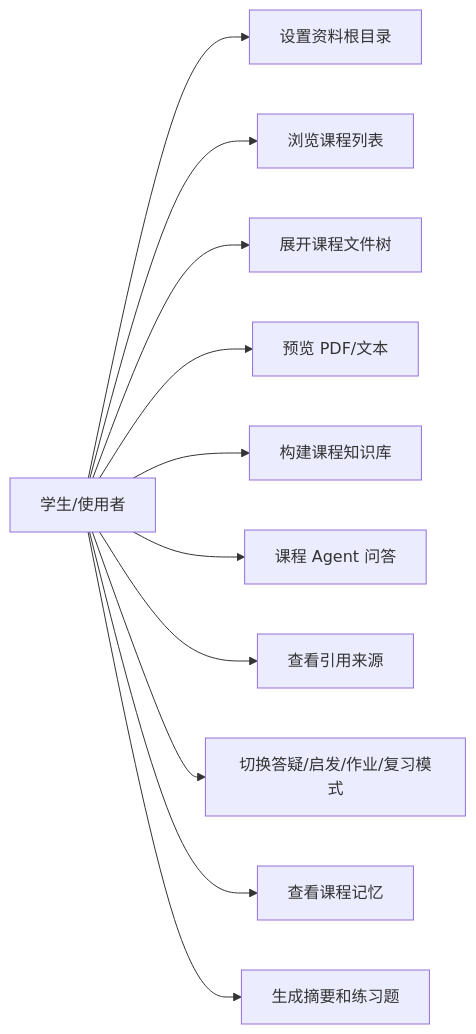
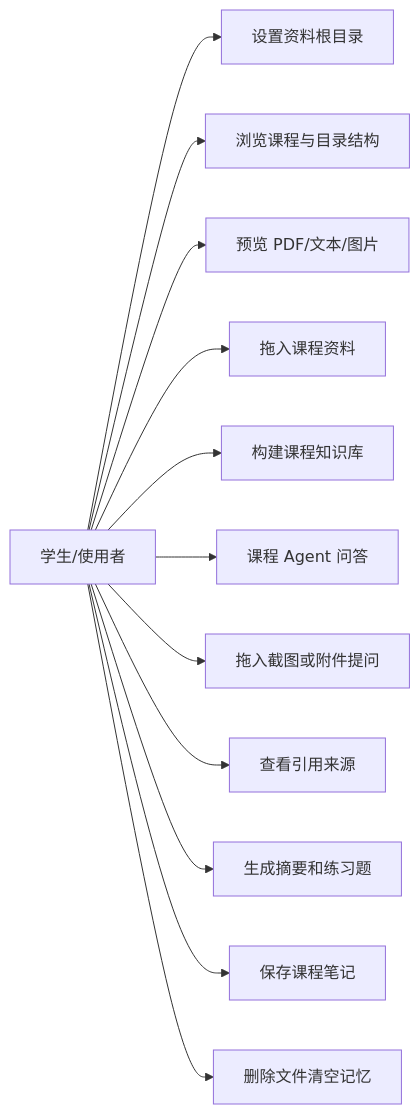
Before and after one commit to LuMH1027/ai-learn-assistant: the third of 8 diagrams in docs/系统设计.md, drawn with Mermaid. The commit also changed other lines of this file and 14 other files, not shown here.

````diff
--- a/docs/系统设计.md
+++ b/docs/系统设计.md
@@ -52,25 +60,27 @@
 ```mermaid
 flowchart LR
     User["学生/使用者"]
     UC1["设置资料根目录"]
-    UC2["浏览课程列表"]
-    UC3["展开课程文件树"]
-    UC4["预览 PDF/文本"]
+    UC2["浏览课程与目录结构"]
+    UC3["预览 PDF/文本/图片"]
+    UC4["拖入课程资料"]
     UC5["构建课程知识库"]
     UC6["课程 Agent 问答"]
-    UC7["查看引用来源"]
-    UC8["切换答疑/启发/作业/复习模式"]
-    UC9["查看课程记忆"]
-    UC10["生成摘要和练习题"]
+    UC7["拖入截图或附件提问"]
+    UC8["查看引用来源"]
+    UC9["生成摘要和练习题"]
+    UC10["保存课程笔记"]
+    UC11["删除文件清空记忆"]
 
     User --> UC1
     User --> UC2
     User --> UC3
     User --> UC4
     User --> UC5
     User --> UC6
     User --> UC7
     User --> UC8
     User --> UC9
     User --> UC10
+    User --> UC11
 ```
````
